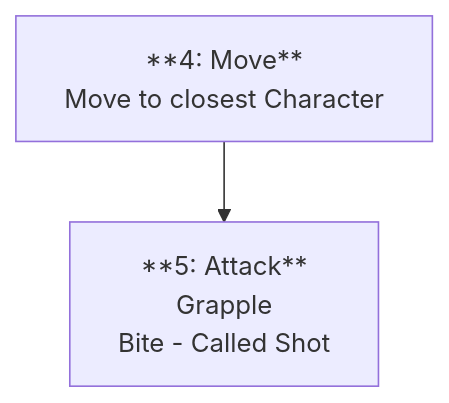
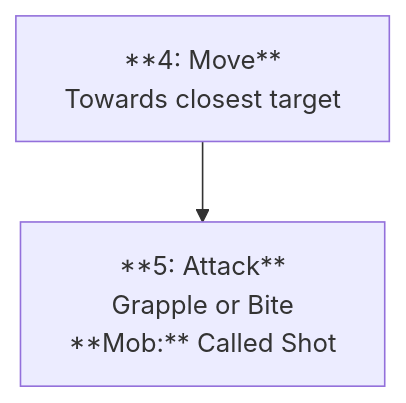
Before and after one commit to HaHussain/Mana-And-Momentum-Website: the diagram in content/NPCs/Zombie.md, drawn with Mermaid. The commit also changed other lines of this file, not shown here.

Commit message:
Zombie Statblock 9

````diff
--- a/content/NPCs/Zombie.md
+++ b/content/NPCs/Zombie.md
@@ -48,9 +48,7 @@
 ```mermaid
 flowchart TB
-    A["**4: Move**<br/>Move to closest Character"]
-    B["**5: Attack**<br/>Grapple<br>Bite - Called Shot"]
-    A --> B
-    click A "[[Move]]"
-    click B "[[Attack]]"
+  A["**4: Move**<br>Towards closest target"]
+  B["**5: Attack**<br>Grapple or Bite<br>**Mob:** Called Shot"]
+  A --> B
     %% mermaid-flow:pos A=300,110 B=300,220
 ```
````
